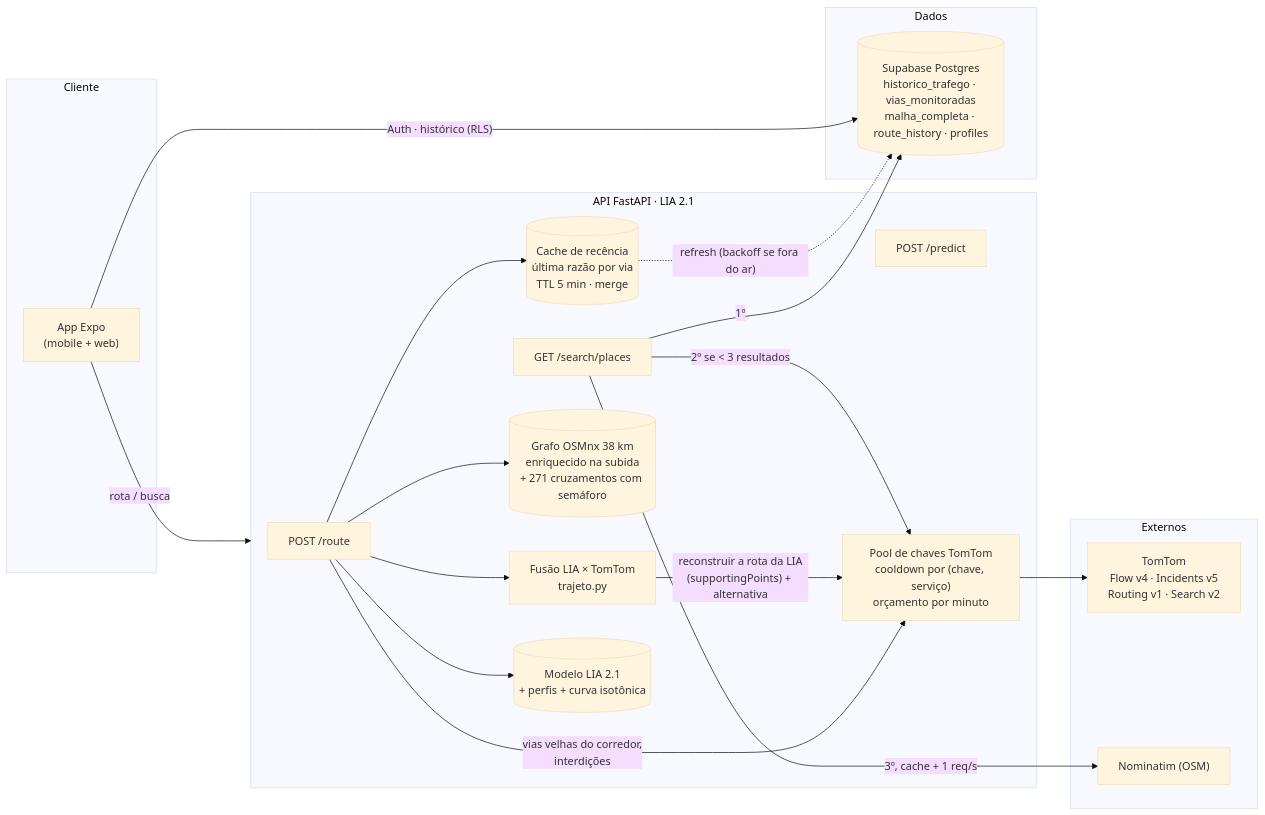
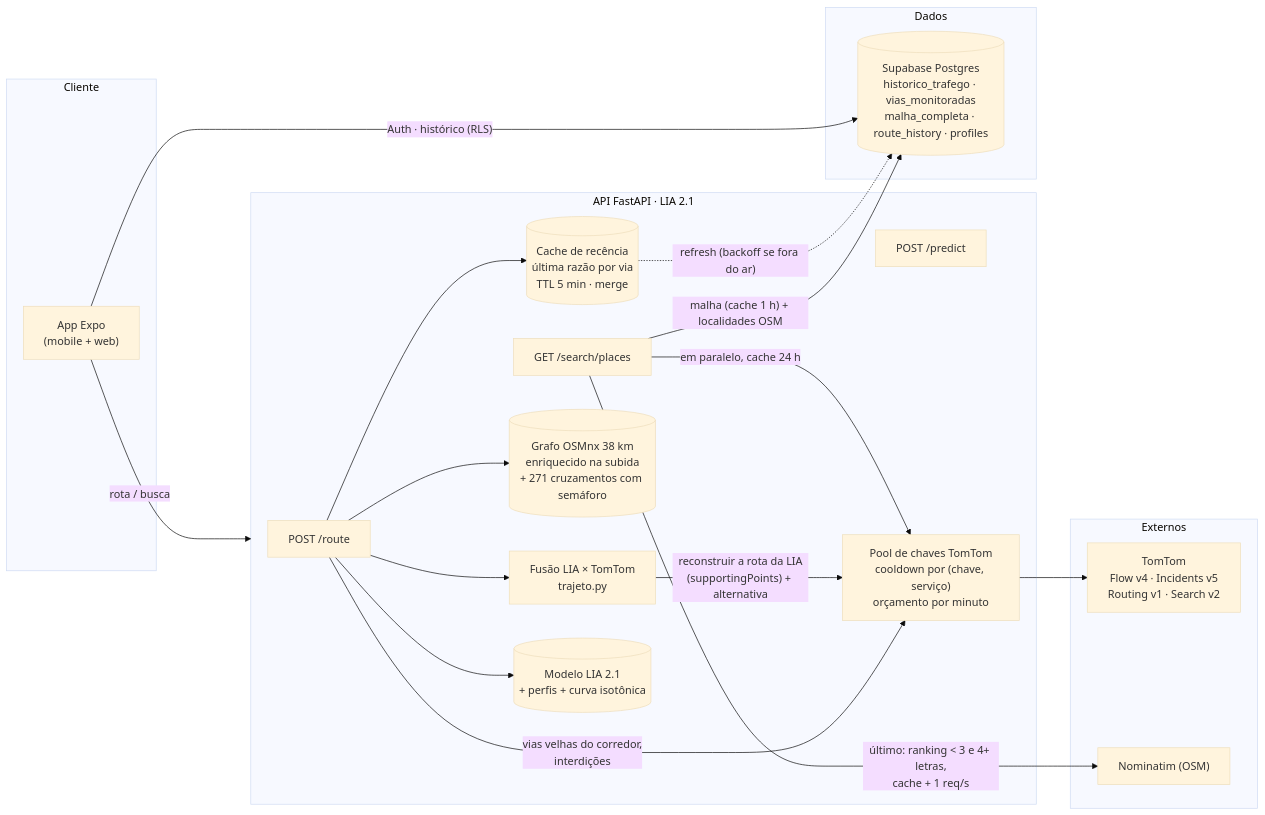
The first of 2 diagrams in docs/core/architecture.md (G2Martins/Routify), drawn with Mermaid (base theme) before and after one commit. The commit also changed other lines of this file and 10 other files, not shown here.

````diff
--- a/docs/core/architecture.md
+++ b/docs/core/architecture.md
@@ -9,38 +9,38 @@
 ```mermaid
 flowchart LR
     subgraph Cliente
         APP["App Expo<br/>(mobile + web)"]
     end
 
     subgraph API["API FastAPI · LIA 2.1"]
         ROUTE["POST /route"]
         SEARCH["GET /search/places"]
         PRED["POST /predict"]
         RC[("Cache de recência<br/>última razão por via<br/>TTL 5 min · merge")]
         POOL["Pool de chaves TomTom<br/>cooldown por (chave, serviço)<br/>orçamento por minuto"]
         G[("Grafo OSMnx 38 km<br/>enriquecido na subida<br/>+ 271 cruzamentos com semáforo")]
         FUS["Fusão LIA × TomTom<br/>trajeto.py"]
         M[("Modelo LIA 2.1<br/>+ perfis + curva isotônica")]
     end
 
     subgraph Dados
         SB[("Supabase Postgres<br/>historico_trafego · vias_monitoradas<br/>malha_completa · route_history · profiles")]
     end
 
     subgraph Externos
         TT["TomTom<br/>Flow v4 · Incidents v5<br/>Routing v1 · Search v2"]
         NOM["Nominatim (OSM)"]
     end
 
     APP -- "rota / busca" --> API
     APP -- "Auth · histórico (RLS)" --> SB
     ROUTE --> RC & G & M
     ROUTE -- "vias velhas do corredor,<br/>interdições" --> POOL
     ROUTE --> FUS
     FUS -- "reconstruir a rota da LIA<br/>(supportingPoints) + alternativa" --> POOL
-    SEARCH -- "1º" --> SB
-    SEARCH -- "2º se < 3 resultados" --> POOL
-    SEARCH -- "3º, cache + 1 req/s" --> NOM
+    SEARCH -- "malha (cache 1 h) + localidades OSM" --> SB
+    SEARCH -- "em paralelo, cache 24 h" --> POOL
+    SEARCH -- "último: ranking < 3 e 4+ letras,<br/>cache + 1 req/s" --> NOM
     POOL --> TT
     RC -. "refresh (backoff se fora do ar)" .-> SB
 ```
````
